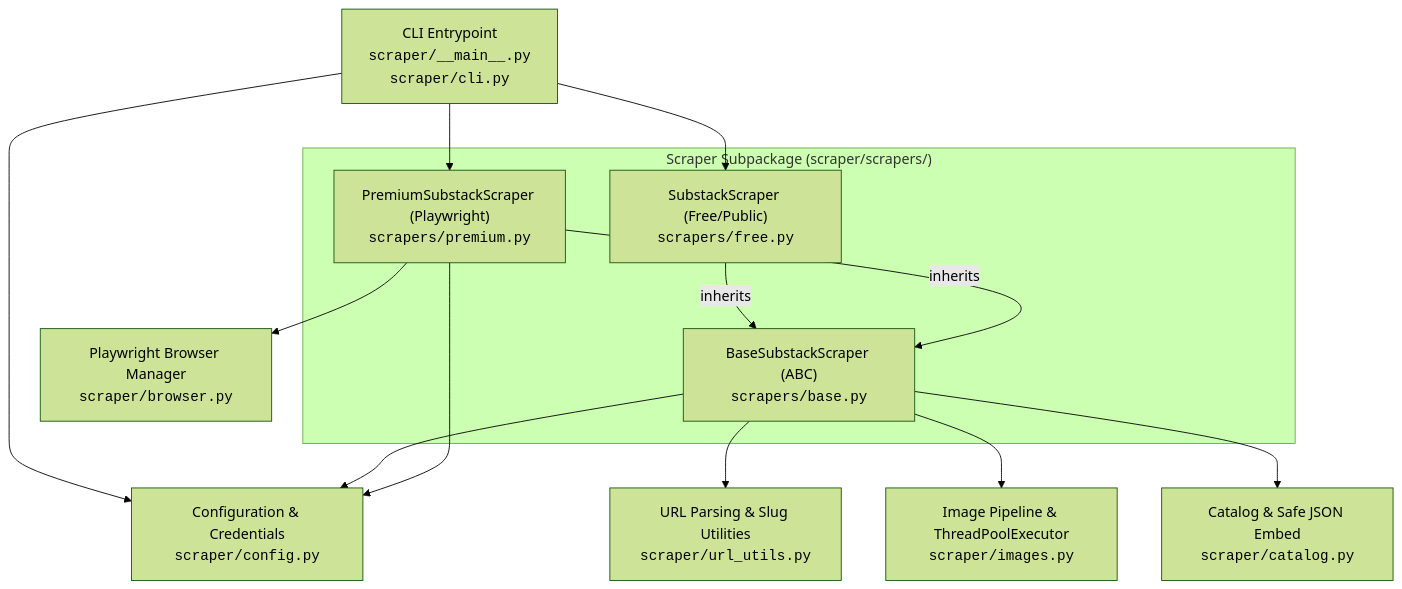
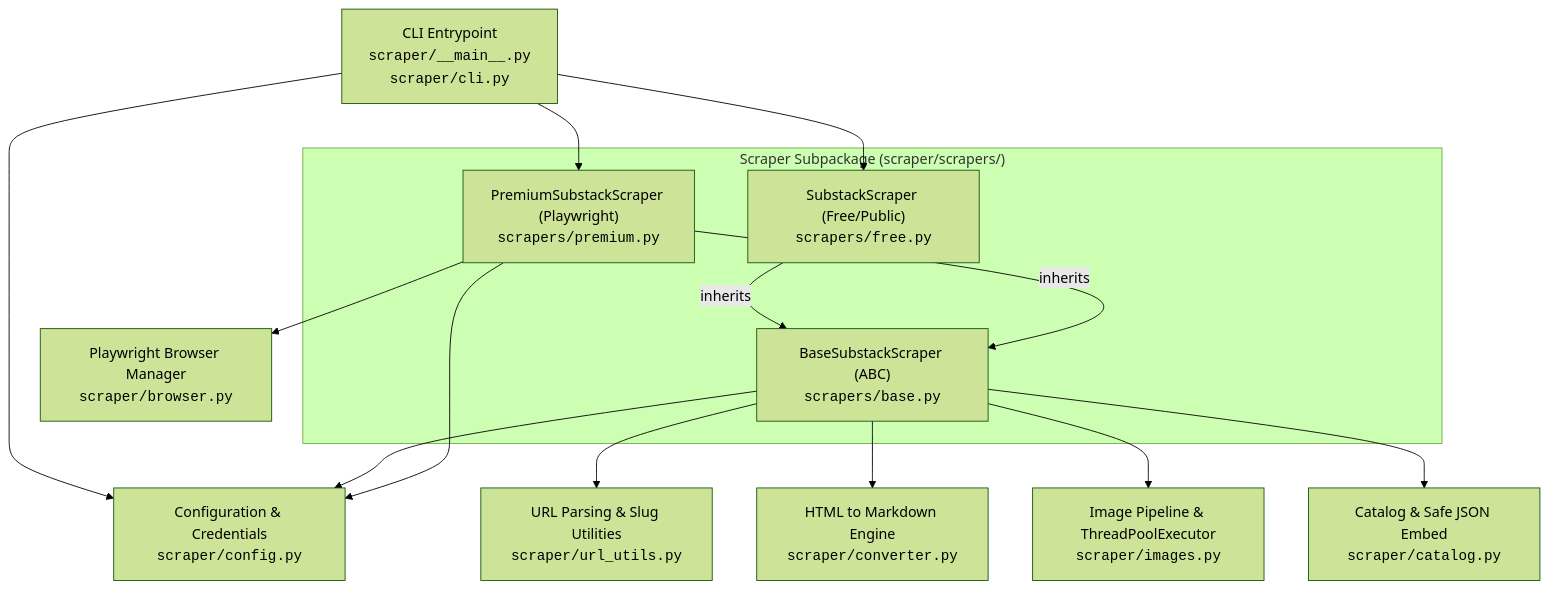
The first of 2 diagrams in AGENTS.md (0xfchen/Substack2Markdown), drawn with Mermaid (forest theme) before and after one commit. The commit also changed other lines of this file and 9 other files, not shown here.

Commit message:
feat: migrate html to markdown engine to html-to-markdown

````diff
--- a/AGENTS.md
+++ b/AGENTS.md
@@ -16,30 +16,32 @@
 ```mermaid
 flowchart TD
     CLI["CLI Entrypoint<br/><code>scraper/__main__.py</code><br/><code>scraper/cli.py</code>"]
     Config["Configuration & Credentials<br/><code>scraper/config.py</code>"]
     URLUtils["URL Parsing & Slug Utilities<br/><code>scraper/url_utils.py</code>"]
+    Converter["HTML to Markdown Engine<br/><code>scraper/converter.py</code>"]
     Images["Image Pipeline & ThreadPoolExecutor<br/><code>scraper/images.py</code>"]
     Catalog["Catalog & Safe JSON Embed<br/><code>scraper/catalog.py</code>"]
     Browser["Playwright Browser Manager<br/><code>scraper/browser.py</code>"]
 
     subgraph Scrapers ["Scraper Subpackage (scraper/scrapers/)"]
         BaseScraper["BaseSubstackScraper (ABC)<br/><code>scrapers/base.py</code>"]
         FreeScraper["SubstackScraper (Free/Public)<br/><code>scrapers/free.py</code>"]
         PremiumScraper["PremiumSubstackScraper (Playwright)<br/><code>scrapers/premium.py</code>"]
     end
 
     CLI --> Config
     CLI --> FreeScraper
     CLI --> PremiumScraper
     
     FreeScraper -- inherits --> BaseScraper
     PremiumScraper -- inherits --> BaseScraper
     
     BaseScraper --> URLUtils
+    BaseScraper --> Converter
     BaseScraper --> Images
     BaseScraper --> Catalog
     BaseScraper --> Config
     
     PremiumScraper --> Browser
     PremiumScraper --> Config
 ```
````
